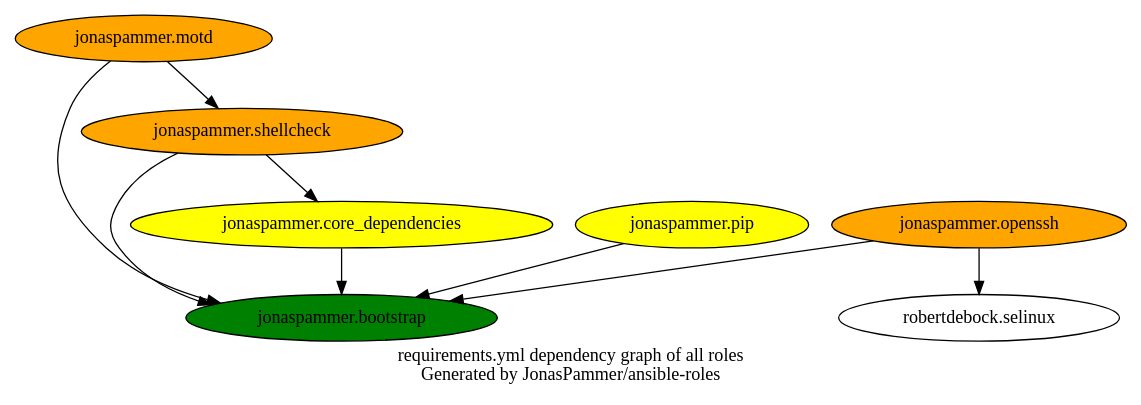
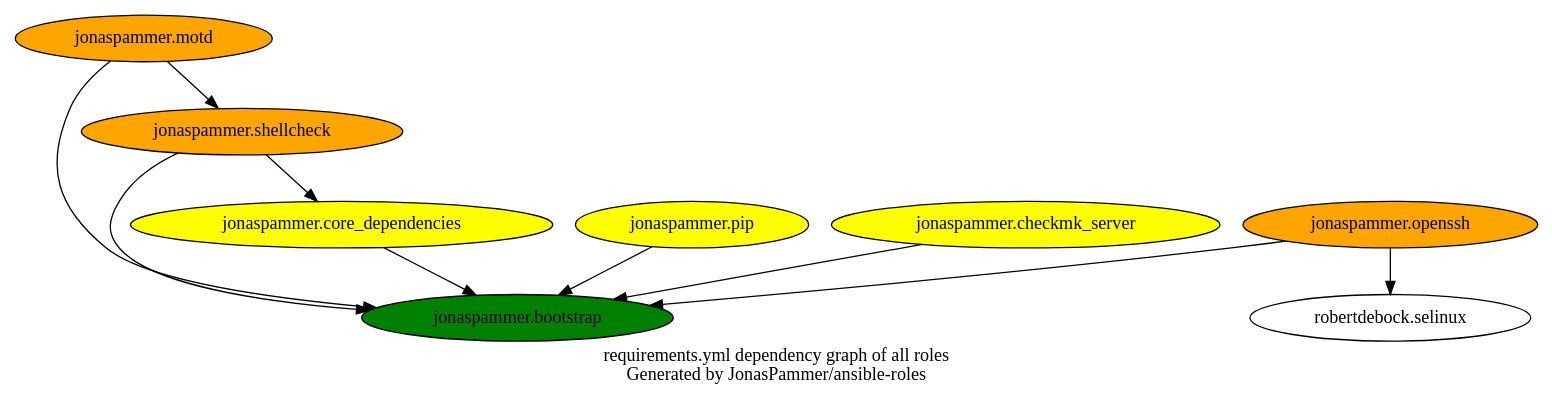
The diagram in graphs/dependencies_ALL.dot (JonasPammer/ansible-roles), drawn with Graphviz before and after one commit. The commit also changed 6 other files, not shown here.

```diff
--- a/graphs/dependencies_ALL.dot
+++ b/graphs/dependencies_ALL.dot
@@ -1,19 +1,21 @@
 digraph hierarchy {
   label = "requirements.yml dependency graph of all roles \n Generated by JonasPammer/ansible-roles" ;
 
   {
     "jonaspammer.bootstrap" [fillcolor=green style=filled]
     "jonaspammer.core_dependencies" [fillcolor=yellow style=filled]
     "jonaspammer.motd" [fillcolor=orange style=filled]
     "jonaspammer.openssh" [fillcolor=orange style=filled]
     "jonaspammer.pip" [fillcolor=yellow style=filled]
     "jonaspammer.shellcheck" [fillcolor=orange style=filled]
+    "jonaspammer.checkmk_server" [fillcolor=yellow style=filled]
   }
 
 
   "jonaspammer.core_dependencies" -> {"jonaspammer.bootstrap"}
   "jonaspammer.motd" -> {"jonaspammer.bootstrap" "jonaspammer.shellcheck"}
   "jonaspammer.openssh" -> {"jonaspammer.bootstrap" "robertdebock.selinux"}
   "jonaspammer.pip" -> {"jonaspammer.bootstrap"}
   "jonaspammer.shellcheck" -> {"jonaspammer.bootstrap" "jonaspammer.core_dependencies"}
+  "jonaspammer.checkmk_server" -> {"jonaspammer.bootstrap"}
 }
```
